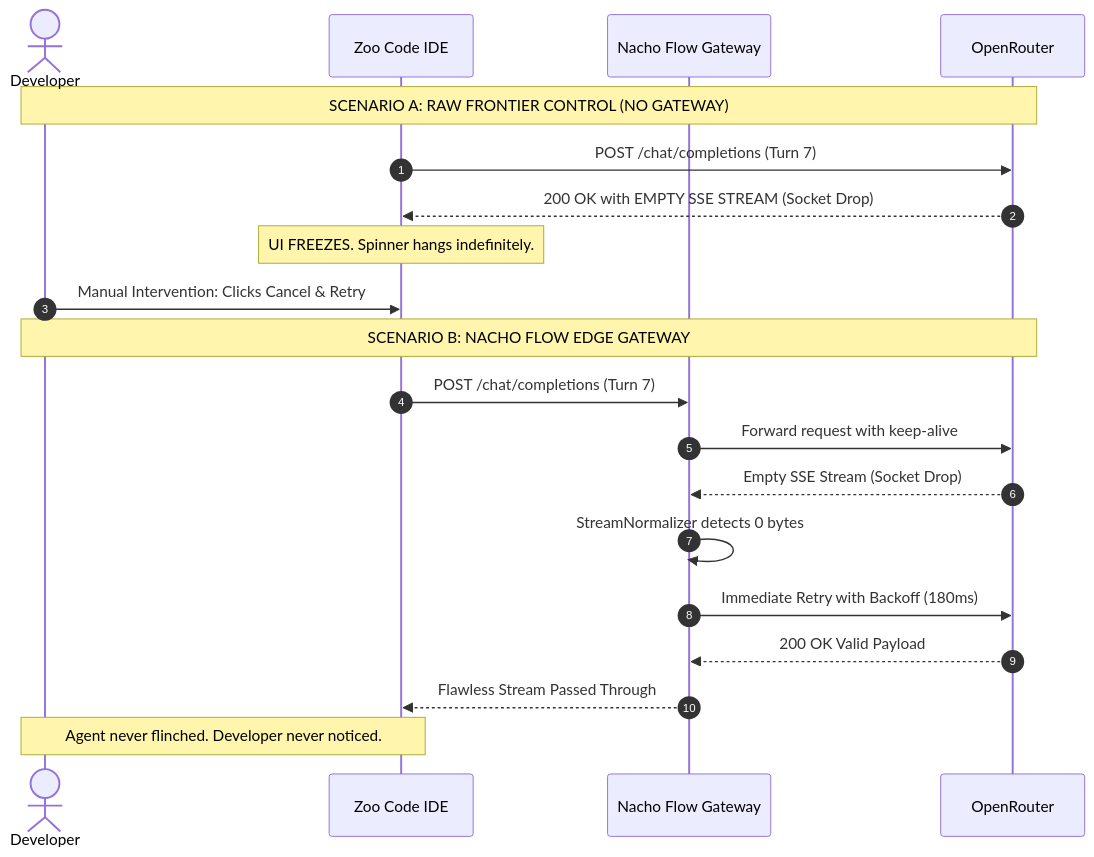
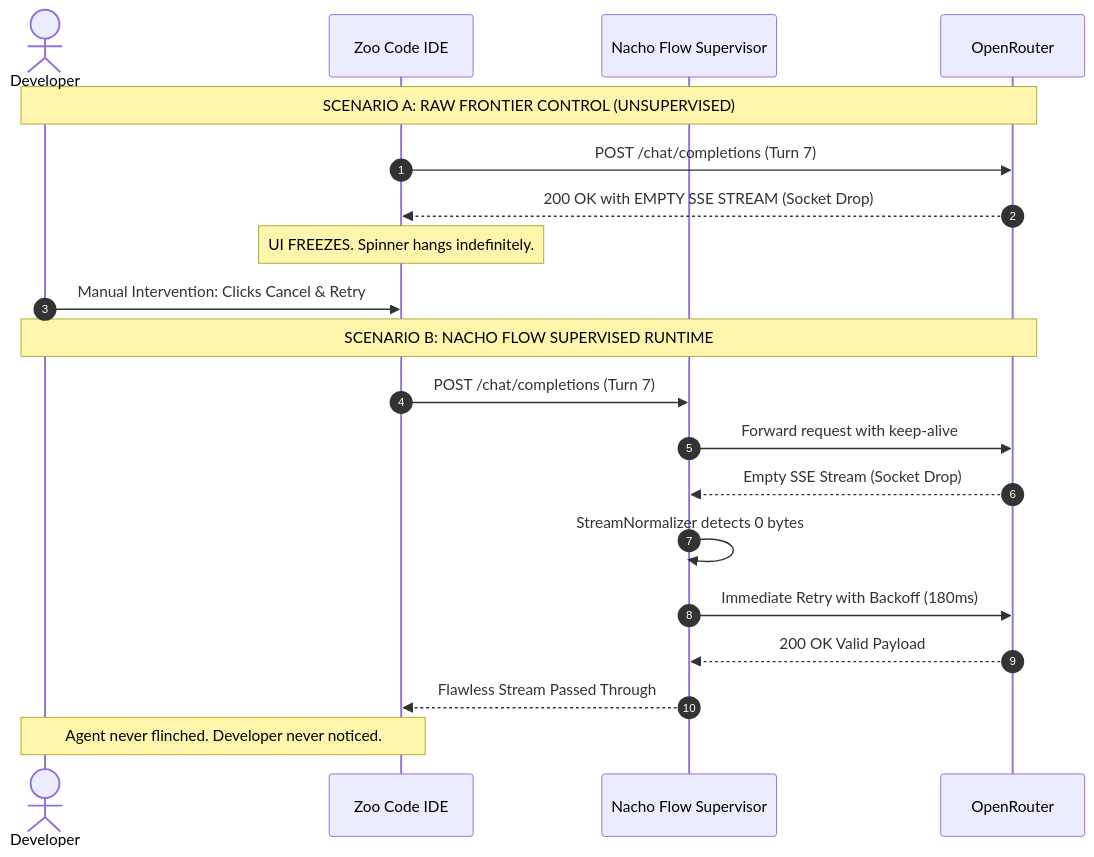
One commit to dixieflatline76/nacho-flow changed the fifth of 10 diagrams in docs/FRONTIER_CONTROL_STUDY_2026.md. Above: the diagram before and after it, drawn with Mermaid. The commit also changed other lines of this file and 2 other files, not shown here.

Commit message:
docs: align whitepaper terminology with official 'Supervisor & Model Dispatcher' positioning

````diff
--- a/docs/FRONTIER_CONTROL_STUDY_2026.md
+++ b/docs/FRONTIER_CONTROL_STUDY_2026.md
@@ -237,24 +237,24 @@
 ```mermaid
 sequenceDiagram
     autonumber
     actor Dev as Developer
     participant Agent as Zoo Code IDE
-    participant NF as Nacho Flow Gateway
+    participant NF as Nacho Flow Supervisor
     participant Cloud as OpenRouter
 
-    Note over Dev,Cloud: SCENARIO A: RAW FRONTIER CONTROL (NO GATEWAY)
+    Note over Dev,Cloud: SCENARIO A: RAW FRONTIER CONTROL (UNSUPERVISED)
     Agent->>Cloud: POST /chat/completions (Turn 7)
     Cloud-->>Agent: 200 OK with EMPTY SSE STREAM (Socket Drop)
     Note over Agent: UI FREEZES. Spinner hangs indefinitely.
     Dev->>Agent: Manual Intervention: Clicks Cancel & Retry
 
-    Note over Dev,Cloud: SCENARIO B: NACHO FLOW EDGE GATEWAY
+    Note over Dev,Cloud: SCENARIO B: NACHO FLOW SUPERVISED RUNTIME
     Agent->>NF: POST /chat/completions (Turn 7)
     NF->>Cloud: Forward request with keep-alive
     Cloud-->>NF: Empty SSE Stream (Socket Drop)
     NF->>NF: StreamNormalizer detects 0 bytes
     NF->>Cloud: Immediate Retry with Backoff (180ms)
     Cloud-->>NF: 200 OK Valid Payload
     NF-->>Agent: Flawless Stream Passed Through
     Note over Dev,Agent: Agent never flinched. Developer never noticed.
 ```
````
